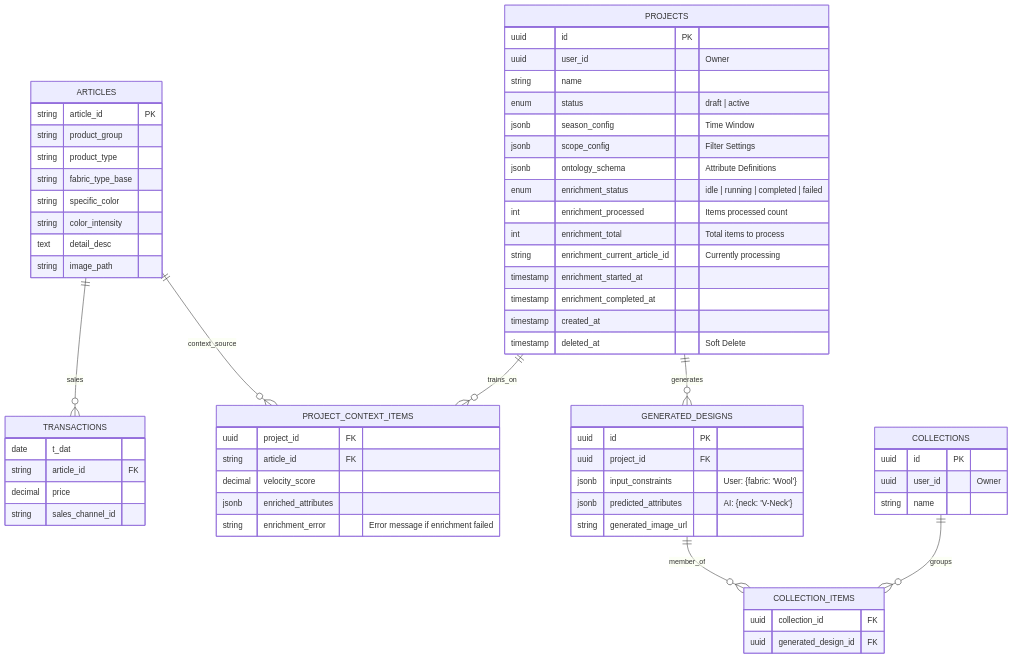
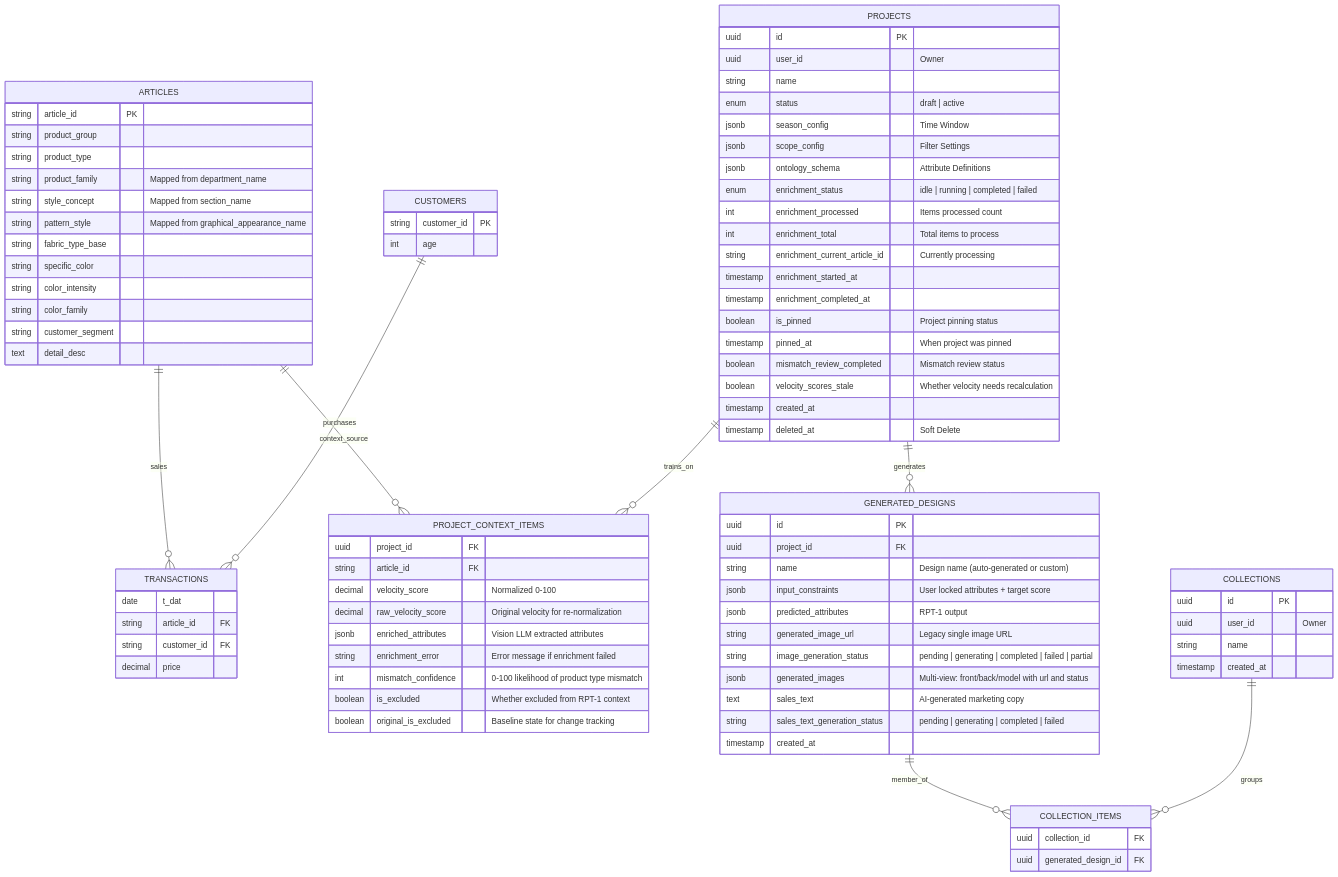
One commit to DaniPolishchuk/Fashion-Trend-Alchemist changed the diagram in docs/DataModel.md. Above: the diagram before and after it, drawn with Mermaid. The commit also changed other lines of this file and 6 other files, not shown here.

```diff
--- a/docs/DataModel.md
+++ b/docs/DataModel.md
@@ -5,18 +5,27 @@
         string article_id PK
         string product_group
         string product_type
+        string product_family "Mapped from department_name"
+        string style_concept "Mapped from section_name"
+        string pattern_style "Mapped from graphical_appearance_name"
         string fabric_type_base
         string specific_color
         string color_intensity
+        string color_family
+        string customer_segment
         text detail_desc
-        string image_path
     }
 
     TRANSACTIONS {
         date t_dat
         string article_id FK
+        string customer_id FK
         decimal price
-        string sales_channel_id
+    }
+
+    CUSTOMERS {
+        string customer_id PK
+        int age
     }
 
     %% 2. PROJECT STATE
@@ -34,6 +43,10 @@
         string enrichment_current_article_id "Currently processing"
         timestamp enrichment_started_at
         timestamp enrichment_completed_at
+        boolean is_pinned "Project pinning status"
+        timestamp pinned_at "When project was pinned"
+        boolean mismatch_review_completed "Mismatch review status"
+        boolean velocity_scores_stale "Whether velocity needs recalculation"
         timestamp created_at
         timestamp deleted_at "Soft Delete"
     }
@@ -42,18 +55,28 @@
     PROJECT_CONTEXT_ITEMS {
         uuid project_id FK
         string article_id FK
-        decimal velocity_score
-        jsonb enriched_attributes
+        decimal velocity_score "Normalized 0-100"
+        decimal raw_velocity_score "Original velocity for re-normalization"
+        jsonb enriched_attributes "Vision LLM extracted attributes"
         string enrichment_error "Error message if enrichment failed"
+        int mismatch_confidence "0-100 likelihood of product type mismatch"
+        boolean is_excluded "Whether excluded from RPT-1 context"
+        boolean original_is_excluded "Baseline state for change tracking"
     }
 
-    %% 4. RESULTS (The Contract vs Fulfillment)
+    %% 4. RESULTS
     GENERATED_DESIGNS {
         uuid id PK
         uuid project_id FK
-        jsonb input_constraints "User: {fabric: 'Wool'}"
-        jsonb predicted_attributes "AI: {neck: 'V-Neck'}"
-        string generated_image_url
+        string name "Design name (auto-generated or custom)"
+        jsonb input_constraints "User locked attributes + target score"
+        jsonb predicted_attributes "RPT-1 output"
+        string generated_image_url "Legacy single image URL"
+        string image_generation_status "pending | generating | completed | failed | partial"
+        jsonb generated_images "Multi-view: front/back/model with url and status"
+        text sales_text "AI-generated marketing copy"
+        string sales_text_generation_status "pending | generating | completed | failed"
+        timestamp created_at
     }
 
     %% 5. COLLECTIONS
@@ -61,6 +84,7 @@
         uuid id PK
         uuid user_id "Owner"
         string name
+        timestamp created_at
     }
 
     COLLECTION_ITEMS {
@@ -69,6 +93,7 @@
     }
 
     ARTICLES ||--o{ TRANSACTIONS : sales
+    CUSTOMERS ||--o{ TRANSACTIONS : purchases
     ARTICLES ||--o{ PROJECT_CONTEXT_ITEMS : context_source
     PROJECTS ||--o{ PROJECT_CONTEXT_ITEMS : trains_on
     PROJECTS ||--o{ GENERATED_DESIGNS : generates
```
